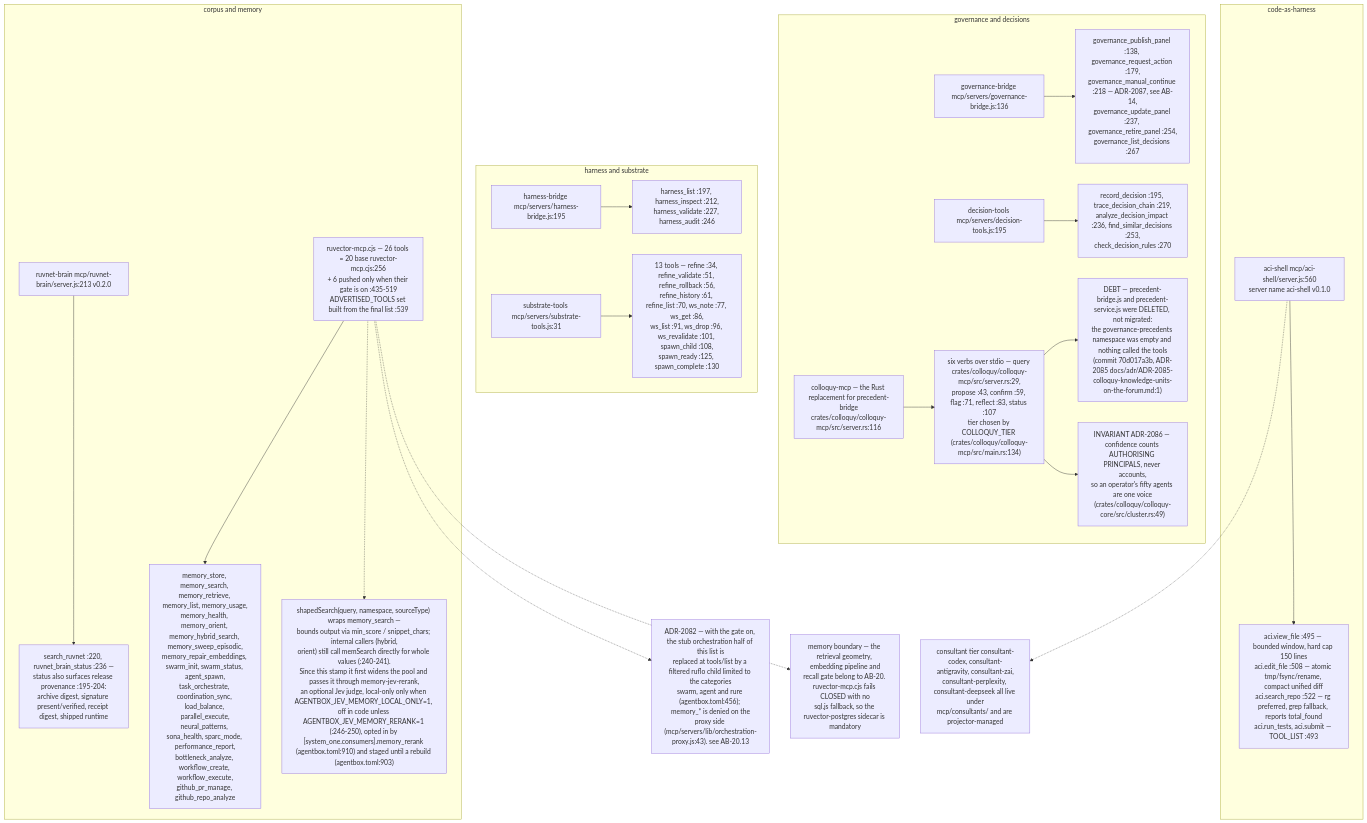
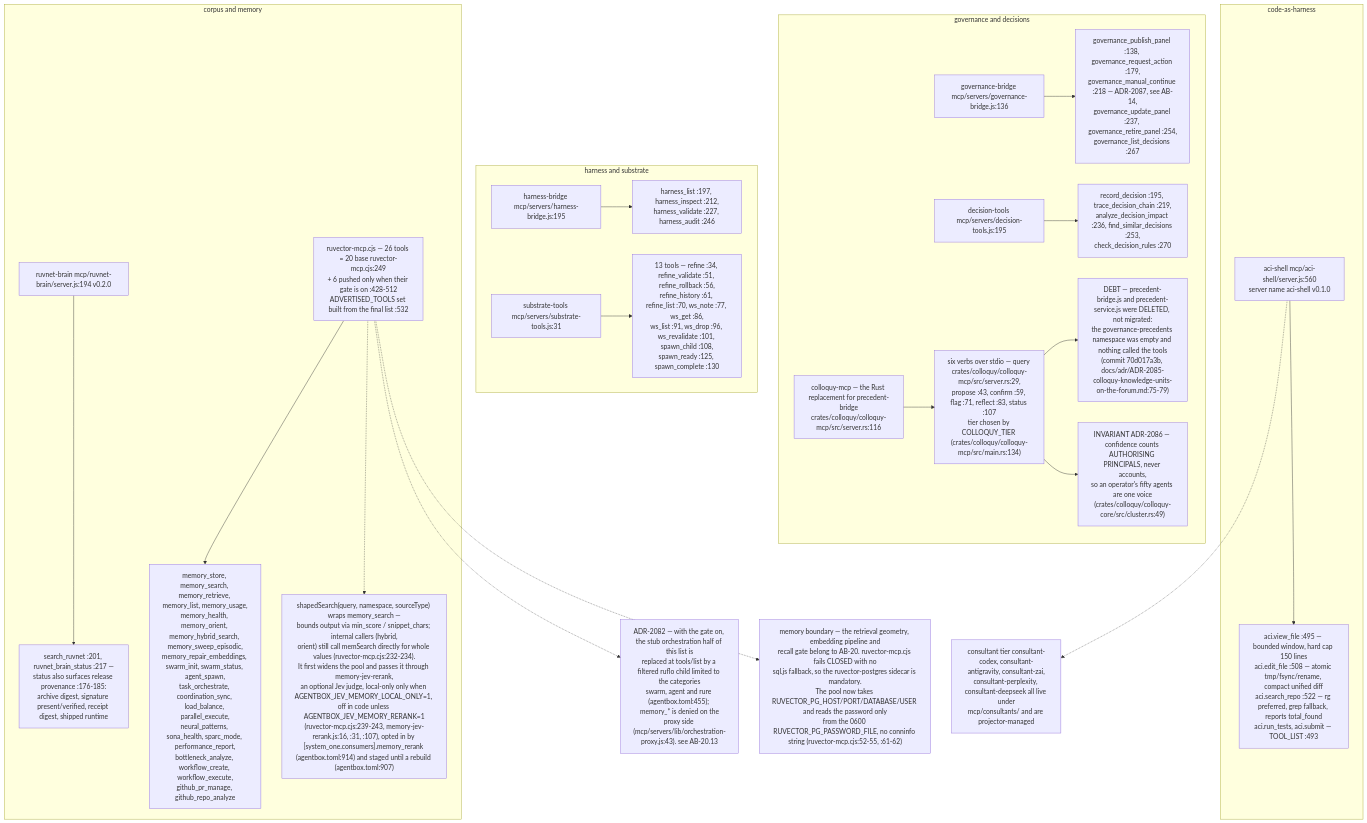
Before and after one commit to DreamLab-AI/VisionFlow: the fifth of 7 diagrams in docs/diagrams/agentbox/09-mcp-servers-catalogue.md, drawn with Mermaid. The commit also changed other lines of this file and 173 other files, not shown here.

````diff
--- a/docs/diagrams/agentbox/09-mcp-servers-catalogue.md
+++ b/docs/diagrams/agentbox/09-mcp-servers-catalogue.md
@@ -162,26 +163,26 @@
 ```mermaid
 flowchart TB
     subgraph CODE["code-as-harness"]
         A["aci-shell mcp/aci-shell/server.js:560<br/>server name aci-shell v0.1.0"]
         A --> AT["aci.view_file :495 — bounded window, hard cap 150 lines<br/>aci.edit_file :508 — atomic tmp/fsync/rename, compact unified diff<br/>aci.search_repo :522 — rg preferred, grep fallback, reports total_found<br/>aci.run_tests, aci.submit — TOOL_LIST :493"]
     end
     subgraph GOV["governance and decisions"]
         D["governance-bridge mcp/servers/governance-bridge.js:136"] --> DT["governance_publish_panel :138, governance_request_action :179,<br/>governance_manual_continue :218 — ADR-2087, see AB-14,<br/>governance_update_panel :237, governance_retire_panel :254,<br/>governance_list_decisions :267"]
         E["decision-tools mcp/servers/decision-tools.js:195"] --> ET["record_decision :195, trace_decision_chain :219,<br/>analyze_decision_impact :236, find_similar_decisions :253,<br/>check_decision_rules :270"]
         F["colloquy-mcp — the Rust replacement for precedent-bridge<br/>crates/colloquy/colloquy-mcp/src/server.rs:116"] --> FT["six verbs over stdio — query crates/colloquy/colloquy-mcp/src/server.rs:29,<br/>propose :43, confirm :59, flag :71, reflect :83, status :107<br/>tier chosen by COLLOQUY_TIER (crates/colloquy/colloquy-mcp/src/main.rs:134)"]
-        FT --> FR["DEBT — precedent-bridge.js and precedent-service.js were DELETED, not migrated:<br/>the governance-precedents namespace was empty and nothing called the tools<br/>(commit 70d017a3b, ADR-2085 docs/adr/ADR-2085-colloquy-knowledge-units-on-the-forum.md:1)"]
+        FT --> FR["DEBT — precedent-bridge.js and precedent-service.js were DELETED, not migrated:<br/>the governance-precedents namespace was empty and nothing called the tools<br/>(commit 70d017a3b, docs/adr/ADR-2085-colloquy-knowledge-units-on-the-forum.md:75-79)"]
         FT --> FI["INVARIANT ADR-2086 — confidence counts AUTHORISING PRINCIPALS, never accounts,<br/>so an operator's fifty agents are one voice<br/>(crates/colloquy/colloquy-core/src/cluster.rs:49)"]
     end
     subgraph HARN["harness and substrate"]
         G["harness-bridge mcp/servers/harness-bridge.js:195"] --> GT["harness_list :197, harness_inspect :212,<br/>harness_validate :227, harness_audit :246"]
         H["substrate-tools mcp/servers/substrate-tools.js:31"] --> HT["13 tools — refine :34, refine_validate :51, refine_rollback :56,<br/>refine_history :61, refine_list :70, ws_note :77, ws_get :86,<br/>ws_list :91, ws_drop :96, ws_revalidate :101, spawn_child :108,<br/>spawn_ready :125, spawn_complete :130"]
     end
     subgraph KB["corpus and memory"]
-        I["ruvnet-brain mcp/ruvnet-brain/server.js:213 v0.2.0"] --> IT["search_ruvnet :220, ruvnet_brain_status :236 —<br/>status also surfaces release provenance :195-204:<br/>archive digest, signature present/verified, receipt digest, shipped runtime"]
-        J["ruvector-mcp.cjs — 26 tools = 20 base ruvector-mcp.cjs:256<br/>+ 6 pushed only when their gate is on :435-519<br/>ADVERTISED_TOOLS set built from the final list :539"] --> JT["memory_store, memory_search, memory_retrieve, memory_list, memory_usage,<br/>memory_health, memory_orient, memory_hybrid_search, memory_sweep_episodic,<br/>memory_repair_embeddings, swarm_init, swarm_status, agent_spawn,<br/>task_orchestrate, coordination_sync, load_balance, parallel_execute,<br/>neural_patterns, sona_health, sparc_mode, performance_report,<br/>bottleneck_analyze, workflow_create, workflow_execute,<br/>github_pr_manage, github_repo_analyze"]
-        J -.-> JS["shapedSearch(query, namespace, sourceType) wraps memory_search —<br/>bounds output via min_score / snippet_chars; internal callers (hybrid,<br/>orient) still call memSearch directly for whole values (:240-241).<br/>Since this stamp it first widens the pool and passes it through memory-jev-rerank,<br/>an optional Jev judge, local-only only when AGENTBOX_JEV_MEMORY_LOCAL_ONLY=1, off in code unless AGENTBOX_JEV_MEMORY_RERANK=1 (:246-250), opted in by [system_one.consumers].memory_rerank (agentbox.toml:910) and staged until a rebuild (agentbox.toml:903)"]
+        I["ruvnet-brain mcp/ruvnet-brain/server.js:194 v0.2.0"] --> IT["search_ruvnet :201, ruvnet_brain_status :217 —<br/>status also surfaces release provenance :176-185:<br/>archive digest, signature present/verified, receipt digest, shipped runtime"]
+        J["ruvector-mcp.cjs — 26 tools = 20 base ruvector-mcp.cjs:249<br/>+ 6 pushed only when their gate is on :428-512<br/>ADVERTISED_TOOLS set built from the final list :532"] --> JT["memory_store, memory_search, memory_retrieve, memory_list, memory_usage,<br/>memory_health, memory_orient, memory_hybrid_search, memory_sweep_episodic,<br/>memory_repair_embeddings, swarm_init, swarm_status, agent_spawn,<br/>task_orchestrate, coordination_sync, load_balance, parallel_execute,<br/>neural_patterns, sona_health, sparc_mode, performance_report,<br/>bottleneck_analyze, workflow_create, workflow_execute,<br/>github_pr_manage, github_repo_analyze"]
+        J -.-> JS["shapedSearch(query, namespace, sourceType) wraps memory_search —<br/>bounds output via min_score / snippet_chars; internal callers (hybrid,<br/>orient) still call memSearch directly for whole values (ruvector-mcp.cjs:232-234).<br/>It first widens the pool and passes it through memory-jev-rerank,<br/>an optional Jev judge, local-only only when AGENTBOX_JEV_MEMORY_LOCAL_ONLY=1, off in code unless AGENTBOX_JEV_MEMORY_RERANK=1<br/>(ruvector-mcp.cjs:239-243, memory-jev-rerank.js:16, :31, :107), opted in by [system_one.consumers].memory_rerank (agentbox.toml:914) and staged until a rebuild (agentbox.toml:907)"]
     end
-    J -.-> RVO["ADR-2082 — with the gate on, the stub orchestration half of this list is<br/>replaced at tools/list by a filtered ruflo child limited to the categories<br/>swarm, agent and rure (agentbox.toml:456); memory_* is denied on the<br/>proxy side (mcp/servers/lib/orchestration-proxy.js:43). see AB-20.13"]
-    J -.-> RVB["memory boundary — the retrieval geometry, embedding pipeline and<br/>recall gate belong to AB-20. ruvector-mcp.cjs fails CLOSED with no<br/>sql.js fallback, so the ruvector-postgres sidecar is mandatory"]
+    J -.-> RVO["ADR-2082 — with the gate on, the stub orchestration half of this list is<br/>replaced at tools/list by a filtered ruflo child limited to the categories<br/>swarm, agent and rure (agentbox.toml:455); memory_* is denied on the<br/>proxy side (mcp/servers/lib/orchestration-proxy.js:43). see AB-20.13"]
+    J -.-> RVB["memory boundary — the retrieval geometry, embedding pipeline and<br/>recall gate belong to AB-20. ruvector-mcp.cjs fails CLOSED with no<br/>sql.js fallback, so the ruvector-postgres sidecar is mandatory.<br/>The pool now takes RUVECTOR_PG_HOST/PORT/DATABASE/USER and reads the password only<br/>from the 0600 RUVECTOR_PG_PASSWORD_FILE, no conninfo string (ruvector-mcp.cjs:52-55, :61-62)"]
     A -.-> AB["consultant tier consultant-codex, consultant-antigravity, consultant-zai,<br/>consultant-perplexity, consultant-deepseek all live under<br/>mcp/consultants/ and are projector-managed"]
 ```
````
